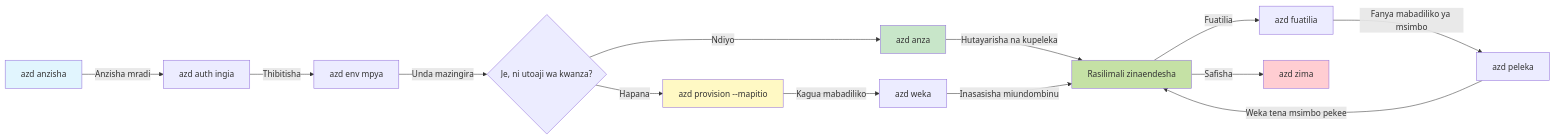
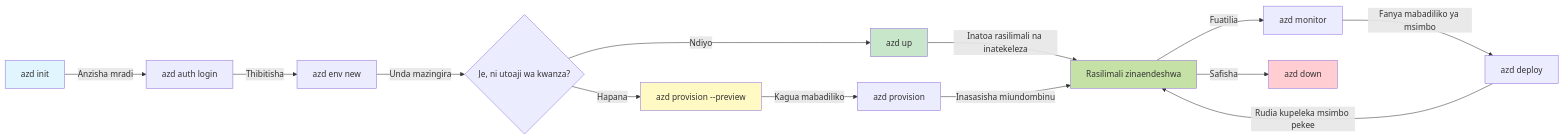
Before and after one commit to microsoft/AZD-for-beginners: the first of 2 diagrams in translations/sw/docs/chapter-01-foundation/azd-basics.md, drawn with Mermaid. The commit also changed other lines of this file and 101 other files, not shown here.

````diff
--- a/translations/sw/docs/chapter-01-foundation/azd-basics.md
+++ b/translations/sw/docs/chapter-01-foundation/azd-basics.md
@@ -254,21 +269,21 @@
 ```mermaid
 graph LR
-    A[azd anzisha] -->|Anzisha mradi| B[azd auth ingia]
-    B -->|Thibitisha| C[azd env mpya]
+    A[azd init] -->|Anzisha mradi| B[azd auth login]
+    B -->|Thibitisha| C[azd env new]
     C -->|Unda mazingira| D{Je, ni utoaji wa kwanza?}
-    D -->|Ndiyo| E[azd anza]
-    D -->|Hapana| F[azd provision --mapitio]
-    F -->|Kagua mabadiliko| G[azd weka]
-    E -->|Hutayarisha na kupeleka| H[Rasilimali zinaendesha]
+    D -->|Ndiyo| E[azd up]
+    D -->|Hapana| F[azd provision --preview]
+    F -->|Kagua mabadiliko| G[azd provision]
+    E -->|Inatoa rasilimali na inatekeleza| H[Rasilimali zinaendeshwa]
     G -->|Inasasisha miundombinu| H
-    H -->|Fuatilia| I[azd fuatilia]
-    I -->|Fanya mabadiliko ya msimbo| J[azd peleka]
-    J -->|Weka tena msimbo pekee| H
-    H -->|Safisha| K[azd zima]
+    H -->|Fuatilia| I[azd monitor]
+    I -->|Fanya mabadiliko ya msimbo| J[azd deploy]
+    J -->|Rudia kupeleka msimbo pekee| H
+    H -->|Safisha| K[azd down]
     
     style A fill:#e1f5fe
     style E fill:#c8e6c9
     style F fill:#fff9c4
     style H fill:#c5e1a5
     style K fill:#ffcdd2
 ```
````
